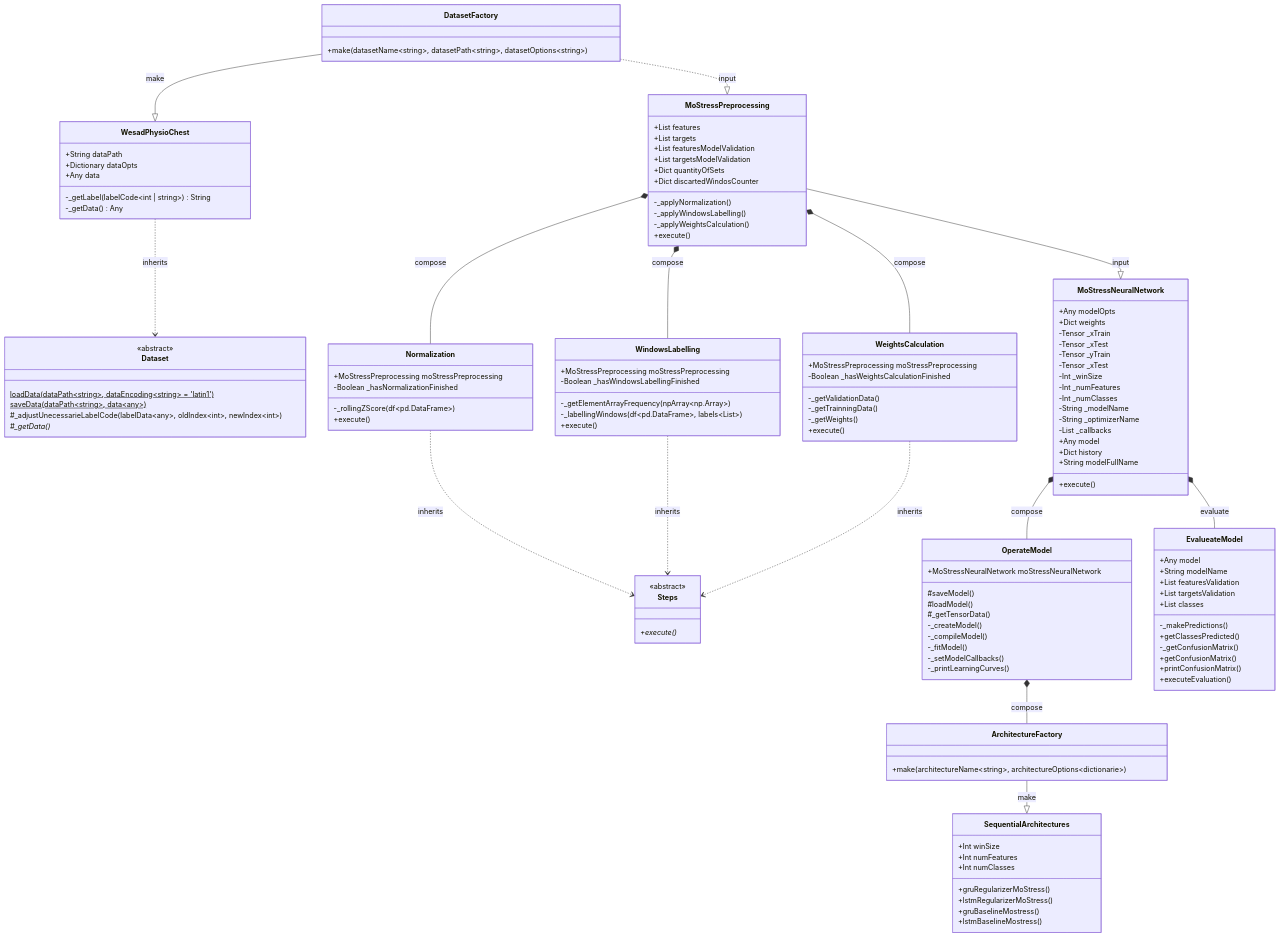
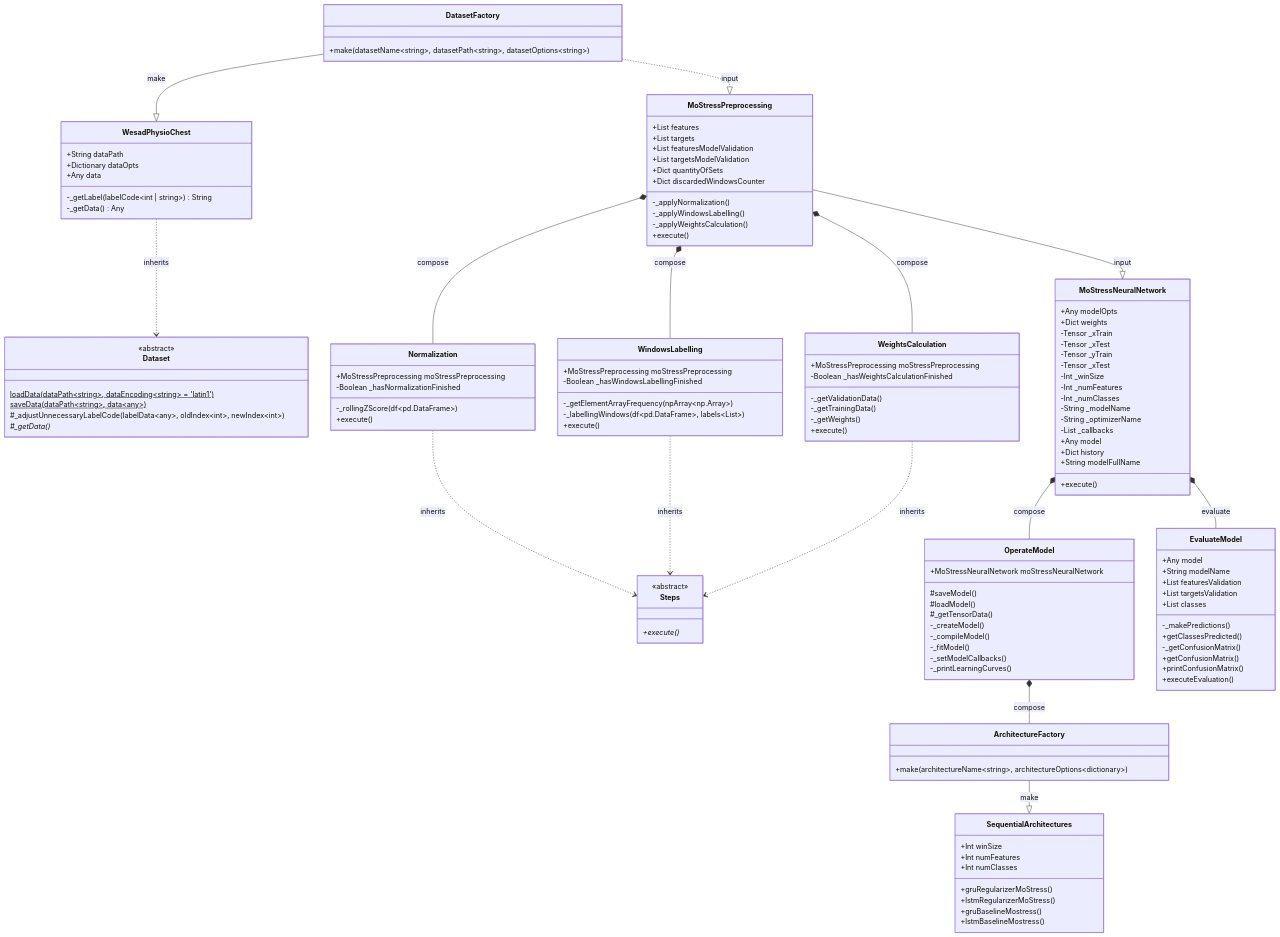
Before and after one commit to ramos-ai/MoStress: the diagram in README.md, drawn with Mermaid. The commit also changed other lines of this file and 9 other files, not shown here.

````diff
--- a/README.md
+++ b/README.md
@@ -95,7 +95,7 @@
     <<abstract>>
     loadData(dataPath~string~, dataEncoding~string~ = 'latin1')$
     saveData(dataPath~string~, data~any~)$
-    #_adjustUnecessarieLabelCode(labelData~any~, oldIndex~int~, newIndex~int~)
+    #_adjustUnnecessaryLabelCode(labelData~any~, oldIndex~int~, newIndex~int~)
     #_getData()*
   }
   class WesadPhysioChest {
@@ -130,7 +130,7 @@
     -Boolean _hasWeightsCalculationFinished
 
     -_getValidationData()
-    -_getTrainningData()
+    -_getTrainingData()
     -_getWeights()
     +execute()
   }
@@ -140,7 +140,7 @@
     +List featuresModelValidation
     +List targetsModelValidation
     +Dict quantityOfSets
-    +Dict discartedWindosCounter
+    +Dict discardedWindowsCounter
 
     -_applyNormalization()
     -_applyWindowsLabelling()
@@ -162,7 +162,7 @@
   DatasetFactory --|> WesadPhysioChest: make
 
   class ArchitectureFactory {
-    +make(architectureName~string~, architectureOptions~dictionarie~)
+    +make(architectureName~string~, architectureOptions~dictionary~)
   }
   class SequentialArchitectures{
     +Int winSize
@@ -186,7 +186,7 @@
     -_setModelCallbacks()
     -_printLearningCurves()
   }
-  class EvalueateModel {
+  class EvaluateModel {
     +Any model
     +String modelName
     +List featuresValidation
@@ -223,7 +223,7 @@
 ArchitectureFactory --|> SequentialArchitectures:make
 OperateModel *-- ArchitectureFactory: compose
 MoStressNeuralNetwork *-- OperateModel: compose
-MoStressNeuralNetwork *-- EvalueateModel: evaluate
+MoStressNeuralNetwork *-- EvaluateModel: evaluate
 MoStressPreprocessing --|> MoStressNeuralNetwork: input
 
 ```
````
